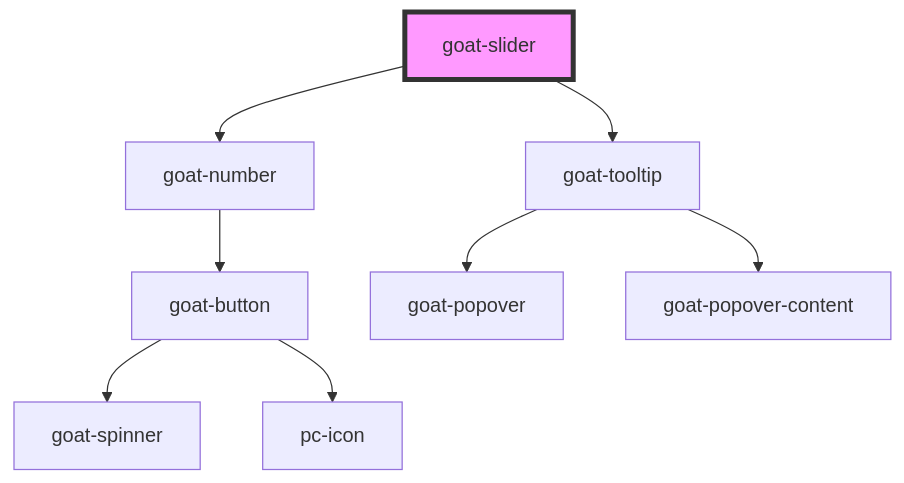
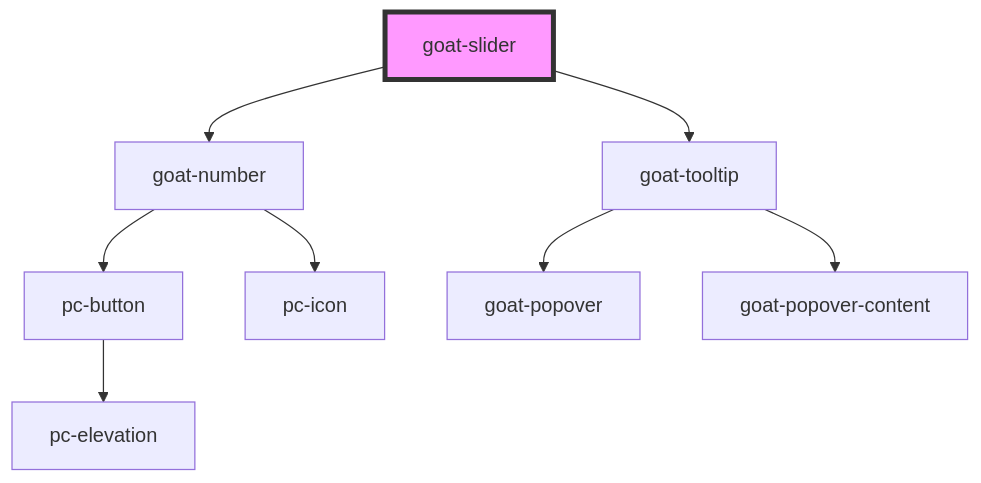
One commit to redvars/peacock changed the diagram in src/components/input-controls/slider/readme.md. Above: the diagram before and after it, drawn with Mermaid. The commit also changed 280 other files, not shown here.

````diff
--- a/src/components/input-controls/slider/readme.md
+++ b/src/components/input-controls/slider/readme.md
@@ -77,11 +77,11 @@
 ```mermaid
 graph TD;
   goat-slider --> goat-number
   goat-slider --> goat-tooltip
-  goat-number --> goat-button
-  goat-button --> goat-spinner
-  goat-button --> pc-icon
+  goat-number --> pc-button
+  goat-number --> pc-icon
+  pc-button --> pc-elevation
   goat-tooltip --> goat-popover
   goat-tooltip --> goat-popover-content
   style goat-slider fill:#f9f,stroke:#333,stroke-width:4px
 ```
````
